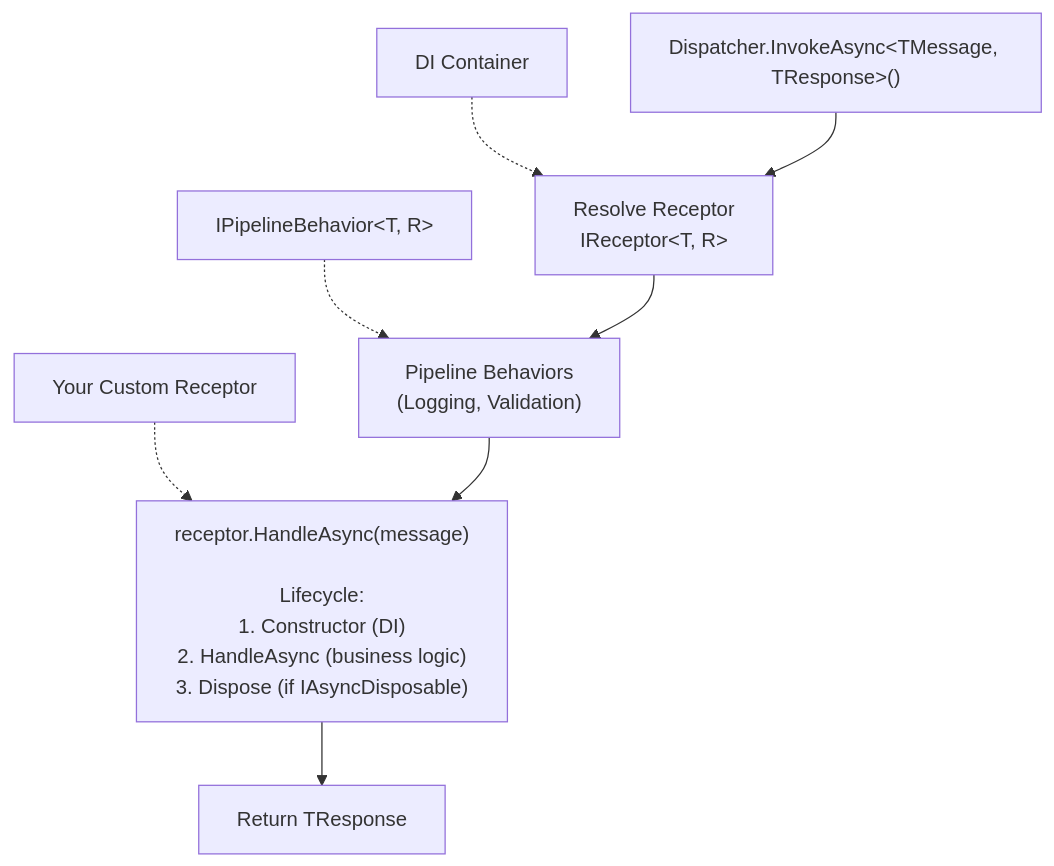
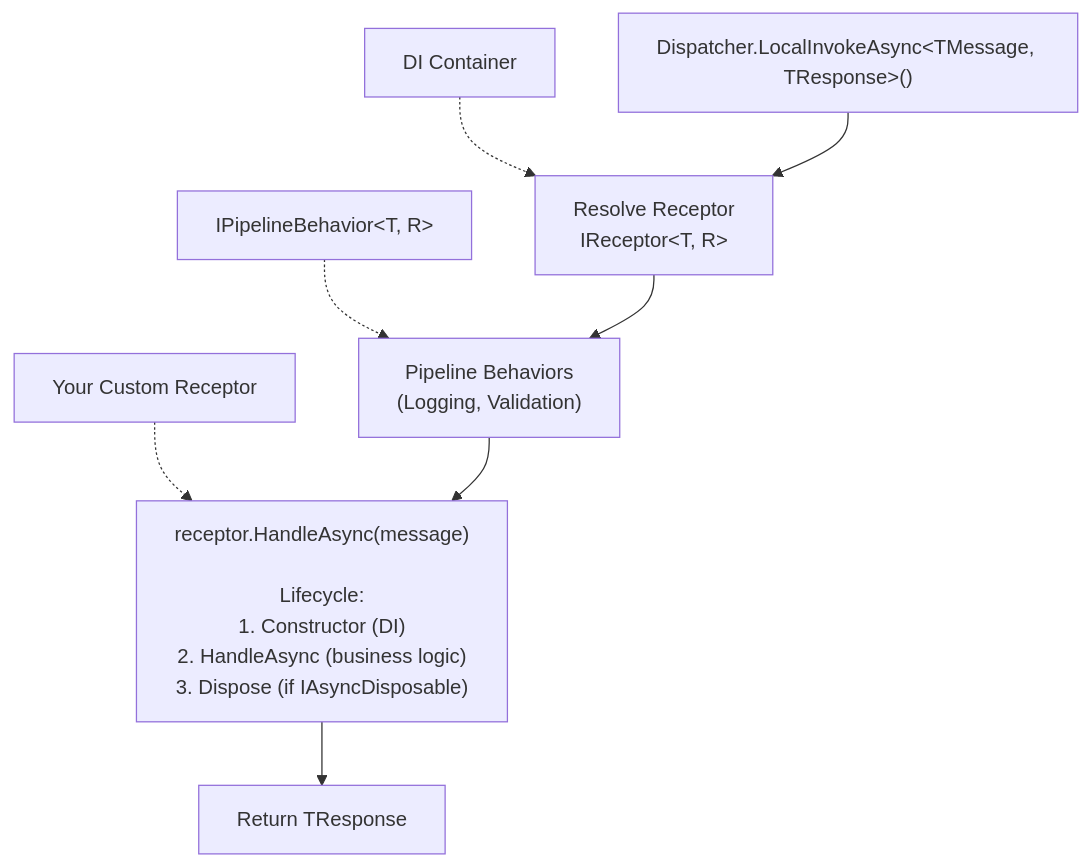
One commit to whizbang-lib/whizbang-lib.github.io changed the first of 2 diagrams in src/assets/docs/v1.0.0/extending/extensibility/custom-receptors.md. Above: the diagram before and after it, drawn with Mermaid. The commit also changed other lines of this file and 107 other files, not shown here.

````diff
--- a/src/assets/docs/v1.0.0/extending/extensibility/custom-receptors.md
+++ b/src/assets/docs/v1.0.0/extending/extensibility/custom-receptors.md
@@ -60,19 +67,19 @@
 ```mermaid
 flowchart TD
-    Dispatcher["Dispatcher.InvokeAsync&lt;TMessage, TResponse&gt;()"]
+    Dispatcher["Dispatcher.LocalInvokeAsync&lt;TMessage, TResponse&gt;()"]
     Resolve["Resolve Receptor<br/>IReceptor&lt;T, R&gt;"]
     Behaviors["Pipeline Behaviors<br/>(Logging, Validation)"]
     Handle["receptor.HandleAsync(message)<br/><br/>Lifecycle:<br/>1. Constructor (DI)<br/>2. HandleAsync (business logic)<br/>3. Dispose (if IAsyncDisposable)"]
     Return["Return TResponse"]
 
     DI["DI Container"] -.-> Resolve
     IPB["IPipelineBehavior&lt;T, R&gt;"] -.-> Behaviors
     Custom["Your Custom Receptor"] -.-> Handle
 
     Dispatcher --> Resolve
     Resolve --> Behaviors
     Behaviors --> Handle
     Handle --> Return
 
     class Dispatcher,Resolve,Behaviors,Handle,Return layer-core
 ```
````
